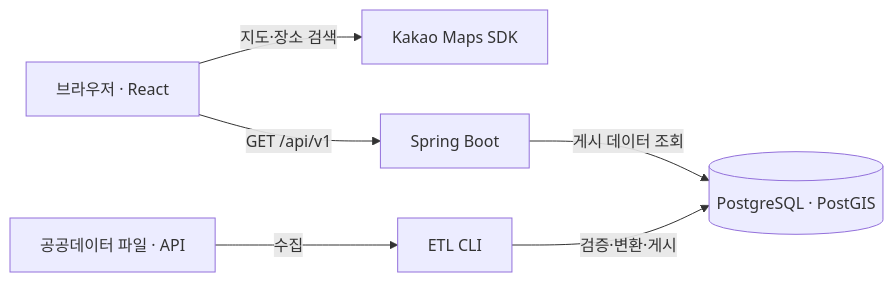
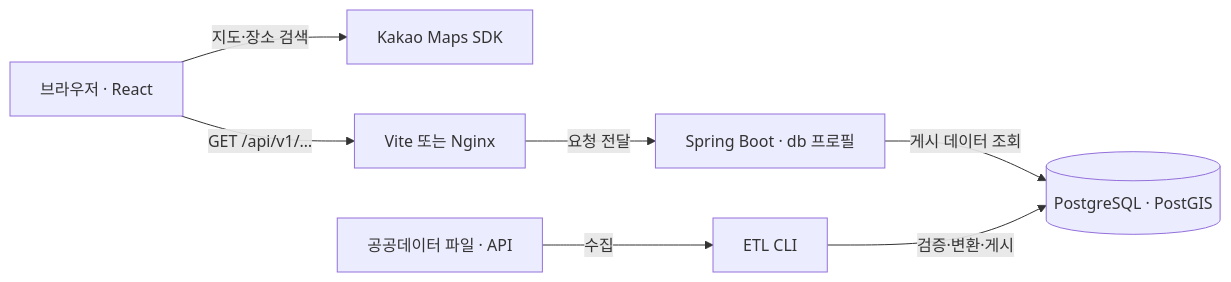
One commit to jinwooorp/RecycleYoungs changed the diagram in docs/ARCHITECTURE.md. Above: the diagram before and after it, drawn with Mermaid. The commit also changed other lines of this file and 17 other files, not shown here.

````diff
--- a/docs/ARCHITECTURE.md
+++ b/docs/ARCHITECTURE.md
@@ -13,8 +9,9 @@
 ```mermaid
 flowchart LR
     Web["브라우저 · React"] -->|"지도·장소 검색"| Kakao["Kakao Maps SDK"]
-    Web -->|"GET /api/v1"| Server["Spring Boot"]
+    Web -->|"GET /api/v1/…"| Proxy["Vite 또는 Nginx"]
+    Proxy -->|"요청 전달"| Server["Spring Boot · db 프로필"]
     Server -->|"게시 데이터 조회"| Db[("PostgreSQL · PostGIS")]
     Source["공공데이터 파일 · API"] -->|"수집"| Etl["ETL CLI"]
     Etl -->|"검증·변환·게시"| Db
 ```
````
